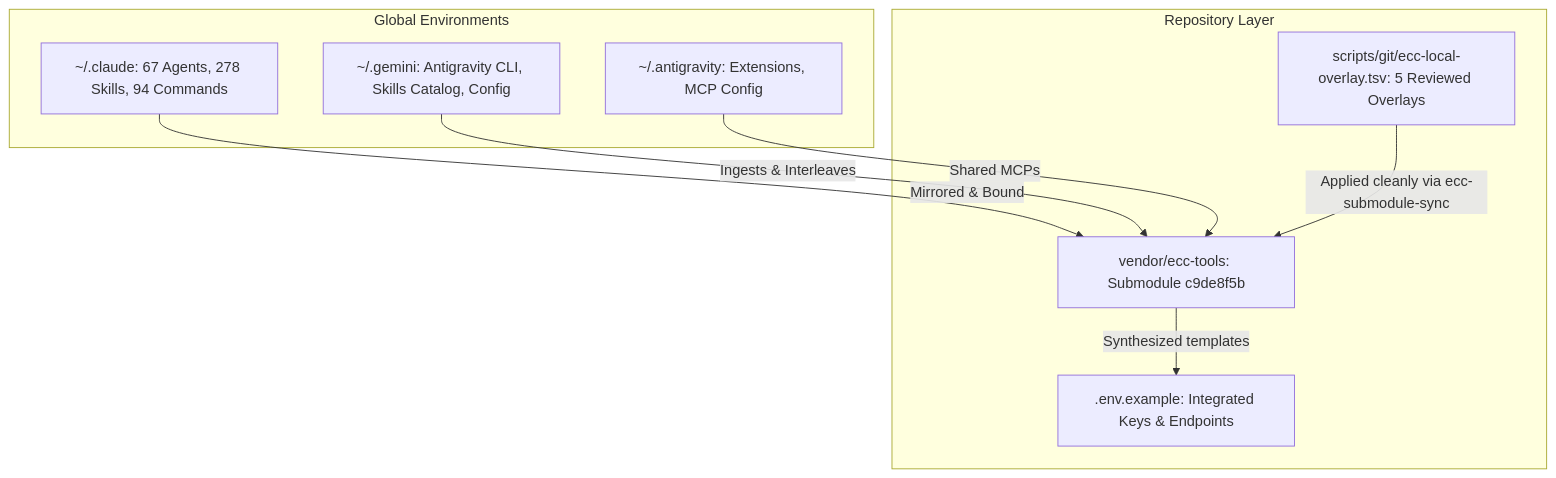
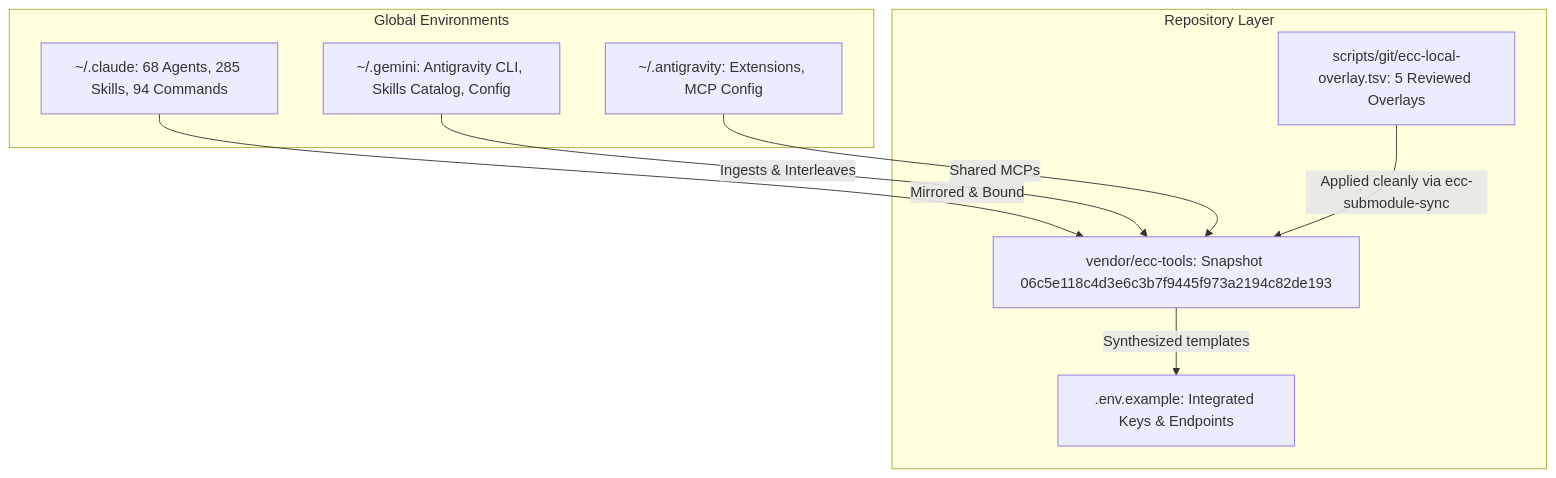
One commit to diazMelgarejo/Perpetua-Tools changed the first of 2 diagrams in .agent/memory/working/ECC_OVERLAY_HARMONIZATION_AND_TIER5_STATUS_2026-08-17.md. Above: the diagram before and after it, drawn with Mermaid. The commit also changed other lines of this file, not shown here.

Commit message:
docs(memory): update ECC snapshot metadata to 06c5e118 and reconcile pytest results

````diff
--- a/.agent/memory/working/ECC_OVERLAY_HARMONIZATION_AND_TIER5_STATUS_2026-08-17.md
+++ b/.agent/memory/working/ECC_OVERLAY_HARMONIZATION_AND_TIER5_STATUS_2026-08-17.md
@@ -19,20 +19,20 @@
 ```mermaid
 graph TD
     subgraph Global Environments
-        A[~/.claude: 67 Agents, 278 Skills, 94 Commands]
+        A[~/.claude: 68 Agents, 285 Skills, 94 Commands]
         B[~/.gemini: Antigravity CLI, Skills Catalog, Config]
         C[~/.antigravity: Extensions, MCP Config]
     end
 
     subgraph Repository Layer
-        D[vendor/ecc-tools: Submodule c9de8f5b]
+        D[vendor/ecc-tools: Snapshot 06c5e118c4d3e6c3b7f9445f973a2194c82de193]
         E[scripts/git/ecc-local-overlay.tsv: 5 Reviewed Overlays]
         F[.env.example: Integrated Keys & Endpoints]
     end
 
     A -->|Mirrored & Bound| D
     B -->|Ingests & Interleaves| D
     C -->|Shared MCPs| D
     E -->|Applied cleanly via ecc-submodule-sync| D
     D -->|Synthesized templates| F
 ```
````
